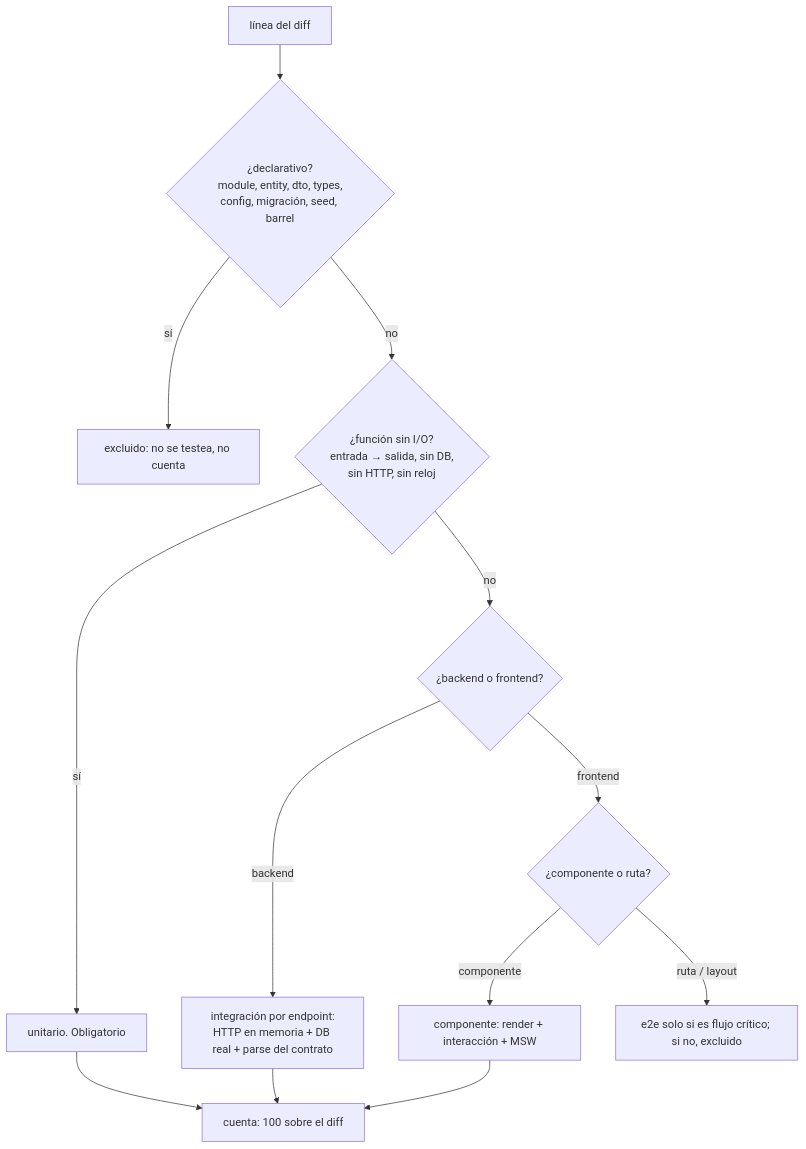
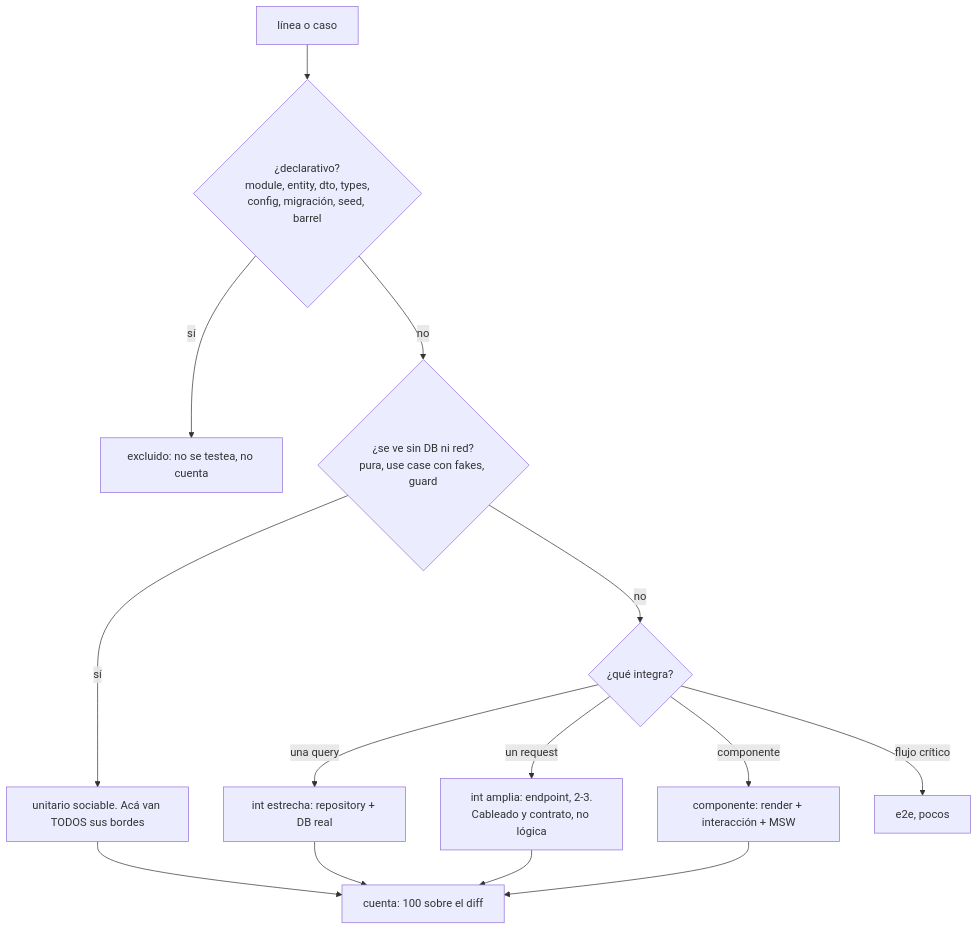
Before and after one commit to octavio-parozlabs/mindstack: the third of 7 diagrams in skills/qa/SKILL.md, drawn with Mermaid. The commit also changed other lines of this file and 1 other file, not shown here.

````diff
--- a/skills/qa/SKILL.md
+++ b/skills/qa/SKILL.md
@@ -54,13 +65,13 @@
 ```mermaid
 flowchart TD
-    D[línea del diff] --> Q1{"¿declarativo?\nmodule, entity, dto, types,\nconfig, migración, seed, barrel"}
+    D[línea o caso] --> Q1{"¿declarativo?\nmodule, entity, dto, types,\nconfig, migración, seed, barrel"}
     Q1 -- sí --> EX[excluido: no se testea, no cuenta]
-    Q1 -- no --> Q2{"¿función sin I/O?\nentrada → salida, sin DB,\nsin HTTP, sin reloj"}
-    Q2 -- sí --> UT[unitario. Obligatorio]
-    Q2 -- no --> Q3{¿backend o frontend?}
-    Q3 -- backend --> IT["integración por endpoint:\nHTTP en memoria + DB real + parse del contrato"]
-    Q3 -- frontend --> Q4{¿componente o ruta?}
-    Q4 -- componente --> CT[componente: render + interacción + MSW]
-    Q4 -- ruta / layout --> E2[e2e solo si es flujo crítico; si no, excluido]
-    UT & IT & CT --> COV[cuenta: 100 sobre el diff]
+    Q1 -- no --> Q2{"¿se ve sin DB ni red?\npura, use case con fakes, guard"}
+    Q2 -- sí --> UT[unitario sociable. Acá van TODOS sus bordes]
+    Q2 -- no --> Q3{¿qué integra?}
+    Q3 -- una query --> IN[int estrecha: repository + DB real]
+    Q3 -- un request --> IE["int amplia: endpoint, 2-3.\nCableado y contrato, no lógica"]
+    Q3 -- componente --> CT[componente: render + interacción + MSW]
+    Q3 -- flujo crítico --> E2[e2e, pocos]
+    UT & IN & IE & CT --> COV[cuenta: 100 sobre el diff]
 ```
````
